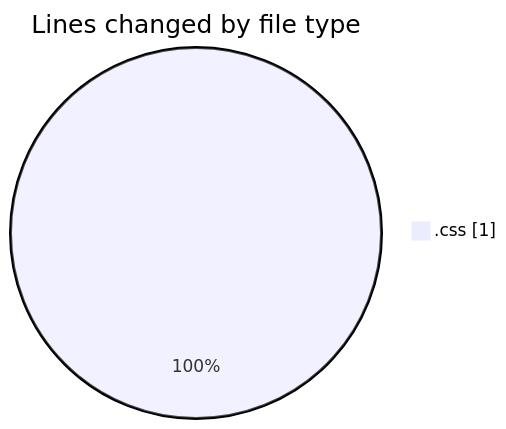
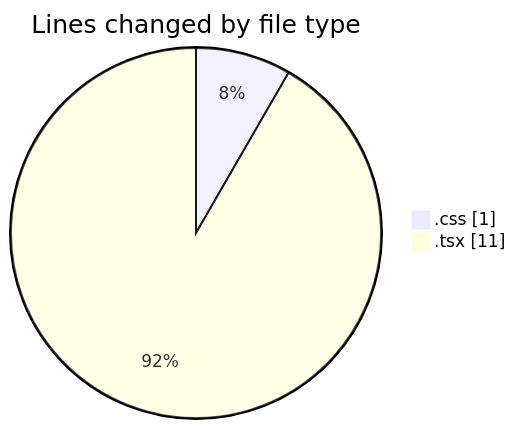
Before and after one commit to IJAZ3593/code-tracking: the first of 2 diagrams in 2025-09-03/deep/README.md, drawn with Mermaid. The commit also changed other lines of this file and 1 other file, not shown here.

````diff
--- a/2025-09-03/deep/README.md
+++ b/2025-09-03/deep/README.md
@@ -20,5 +31,6 @@
 ```mermaid
 pie showData
 title Lines changed by file type
 ".css" : 1
+".tsx" : 11
 ```
````
